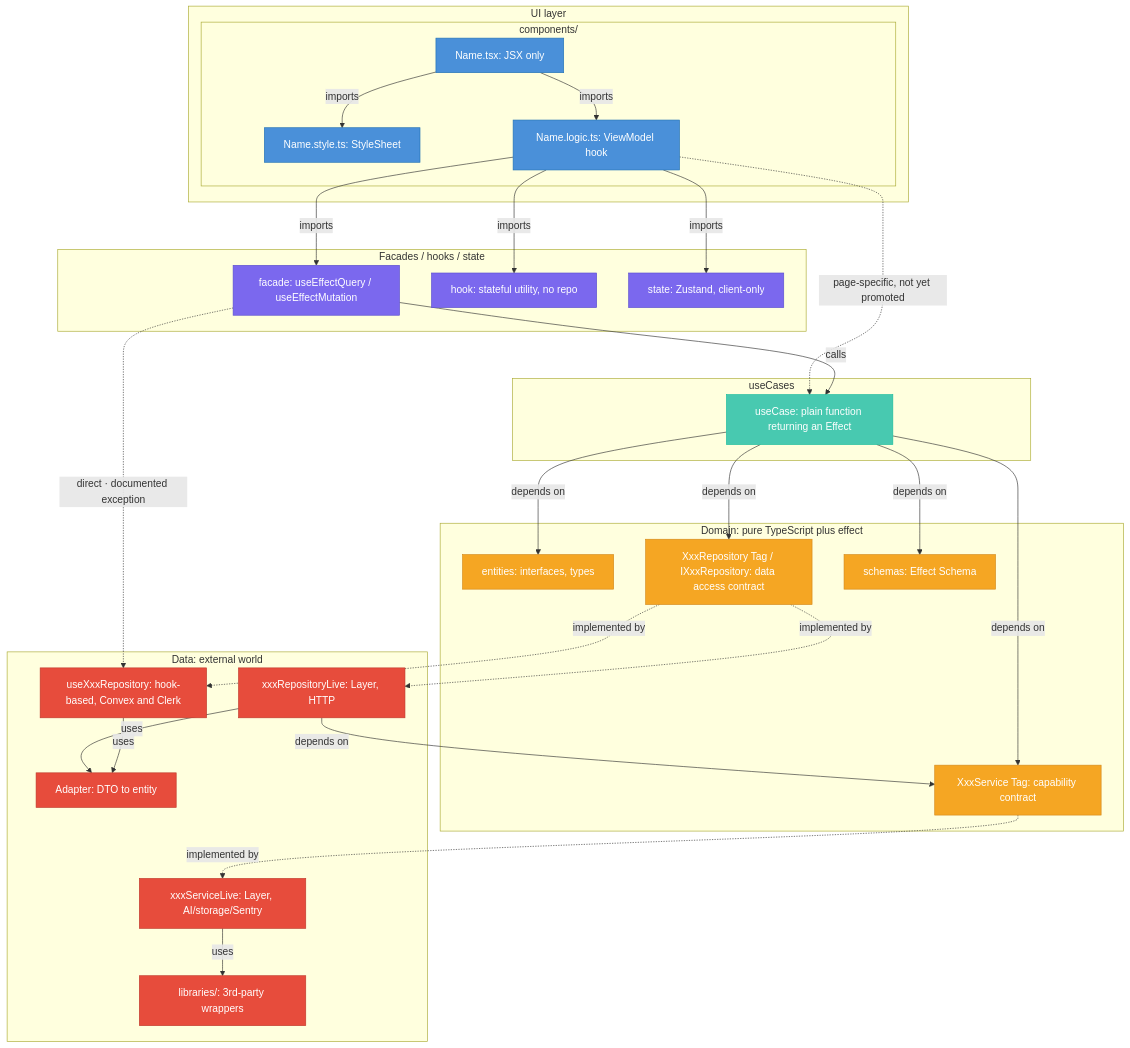
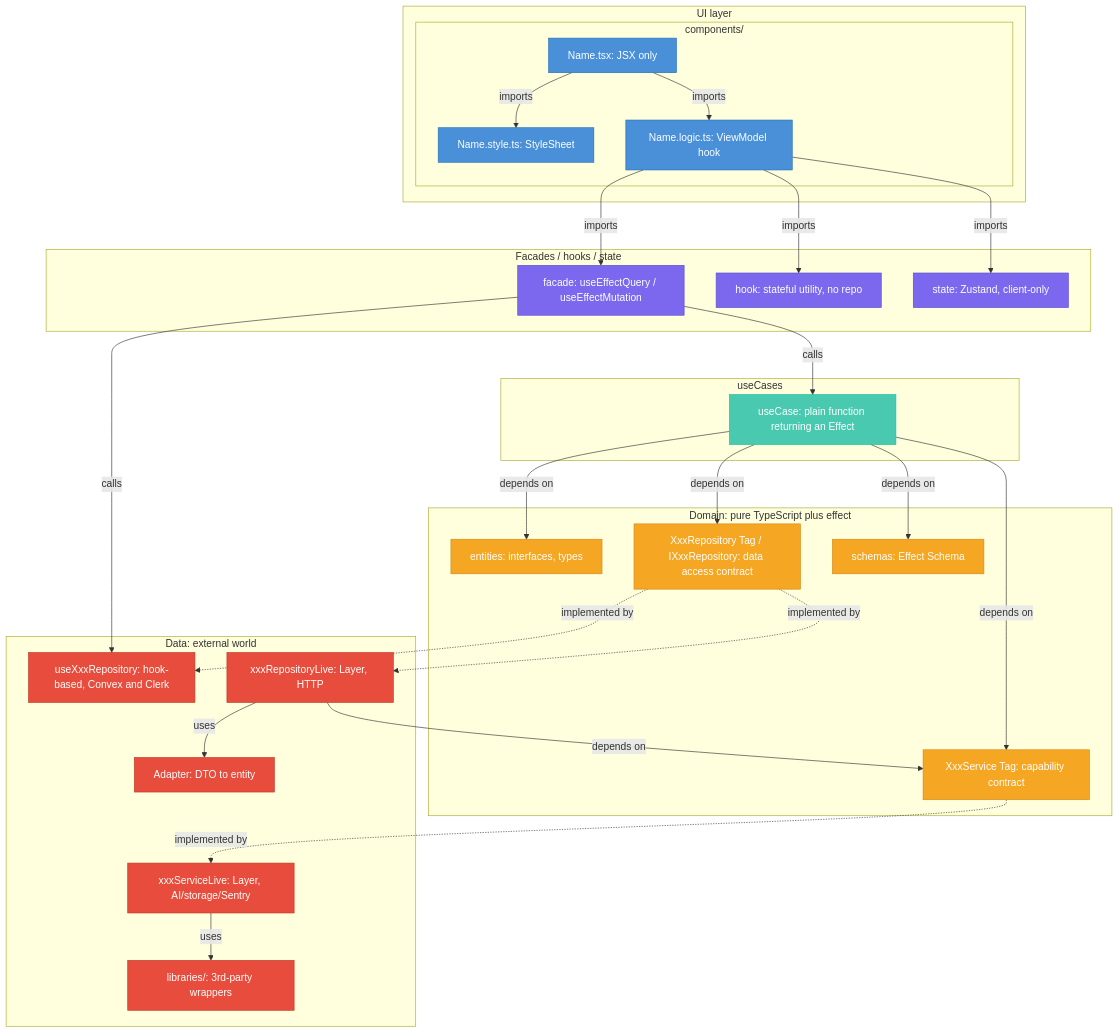
Before and after one commit to timothyrusso/HolidAI: the diagram in wiki/docs/diagrams/architecture.mermaid, drawn with Mermaid. The commit also changed 4 other files, not shown here.

Commit message:
docs(506): keep only HolidAI deltas and fix the stale diagram edges

```diff
--- a/wiki/docs/diagrams/architecture.mermaid
+++ b/wiki/docs/diagrams/architecture.mermaid
@@ -1,68 +1,66 @@
 %% Preview options:
 %% - VS Code extension : https://github.com/Mermaid-Chart/vscode-mermaid-chart
 %% - Online viewer     : https://mermaid.live/
 
 flowchart TD
     classDef ui       fill:#4A90D9,stroke:#2171B5,color:#fff
     classDef facade   fill:#7B68EE,stroke:#5A4FCF,color:#fff
     classDef usecase  fill:#48C9B0,stroke:#1ABC9C,color:#fff
     classDef domain   fill:#F5A623,stroke:#D4891A,color:#fff
     classDef data     fill:#E74C3C,stroke:#C0392B,color:#fff
     classDef core     fill:#7F8C8D,stroke:#616A6B,color:#fff
 
     subgraph UI["UI layer"]
         subgraph Components["components/"]
             TSX["Name.tsx: JSX only"]:::ui
             STY["Name.style.ts: StyleSheet"]:::ui
             LOG["Name.logic.ts: ViewModel hook"]:::ui
             TSX -->|"imports"| STY
             TSX -->|"imports"| LOG
         end
     end
 
     subgraph FHS["Facades / hooks / state"]
         FAC["facade: useEffectQuery / useEffectMutation"]:::facade
         HOK["hook: stateful utility, no repo"]:::facade
         STA["state: Zustand, client-only"]:::facade
     end
 
     subgraph UC["useCases"]
         USE["useCase: plain function returning an Effect"]:::usecase
     end
 
     subgraph DOM["Domain: pure TypeScript plus effect"]
         ENT["entities: interfaces, types"]:::domain
         IREP["XxxRepository Tag / IXxxRepository: data access contract"]:::domain
         ISVC["XxxService Tag: capability contract"]:::domain
         SCH["schemas: Effect Schema"]:::domain
     end
 
     subgraph DAT["Data: external world"]
         HREP["useXxxRepository: hook-based, Convex and Clerk"]:::data
         CREP["xxxRepositoryLive: Layer, HTTP"]:::data
         ADA["Adapter: DTO to entity"]:::data
         SVC["xxxServiceLive: Layer, AI/storage/Sentry"]:::data
         LIB["libraries/: 3rd-party wrappers"]:::data
     end
 
     LOG -->|"imports"| FAC
     LOG -->|"imports"| HOK
     LOG -->|"imports"| STA
-    LOG -.->|"page-specific, not yet promoted"| USE
 
     FAC -->|"calls"| USE
-    FAC -.->|"direct · documented exception"| HREP
+    FAC -->|"calls"| HREP
 
     USE -->|"depends on"| ENT
     USE -->|"depends on"| IREP
     USE -->|"depends on"| ISVC
     USE -->|"depends on"| SCH
 
     IREP -.->|"implemented by"| HREP
     IREP -.->|"implemented by"| CREP
     ISVC -.->|"implemented by"| SVC
 
     CREP -->|"depends on"| ISVC
     CREP -->|"uses"| ADA
-    HREP -->|"uses"| ADA
     SVC -->|"uses"| LIB
```
